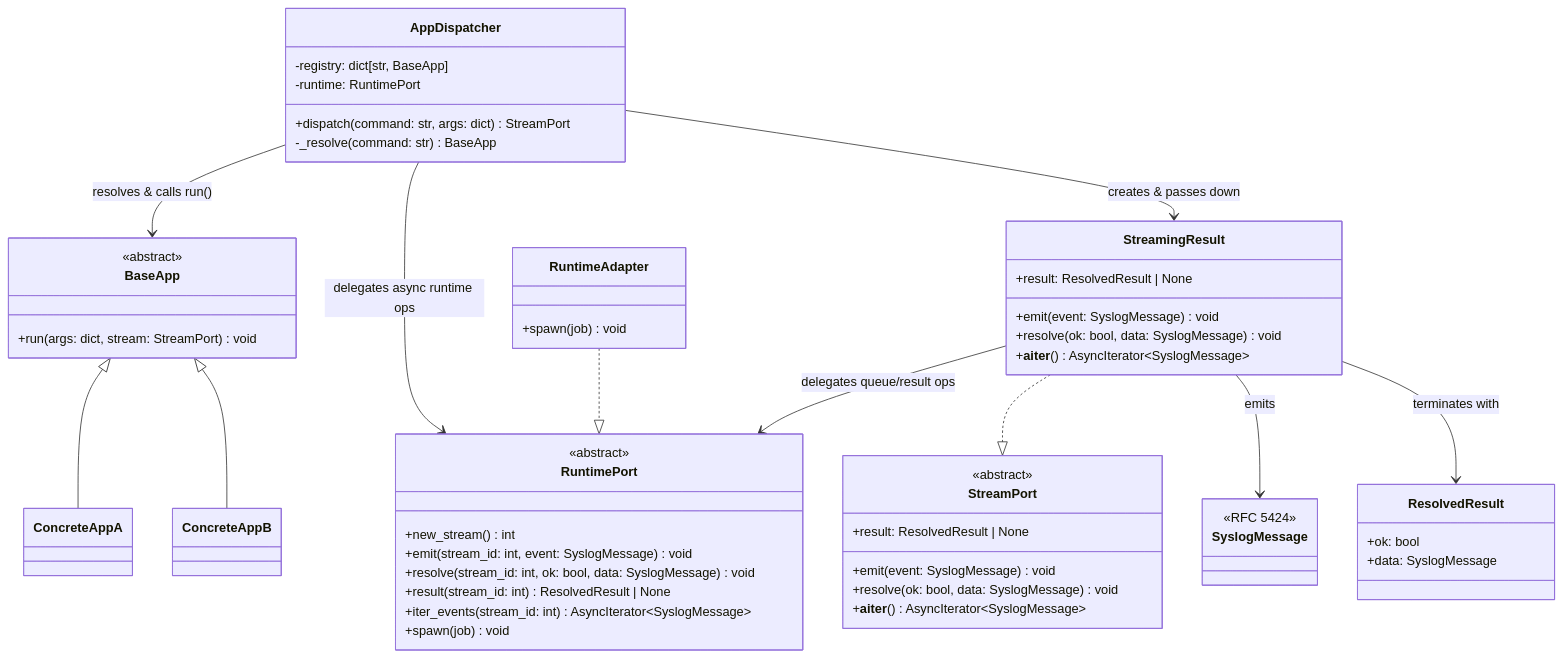
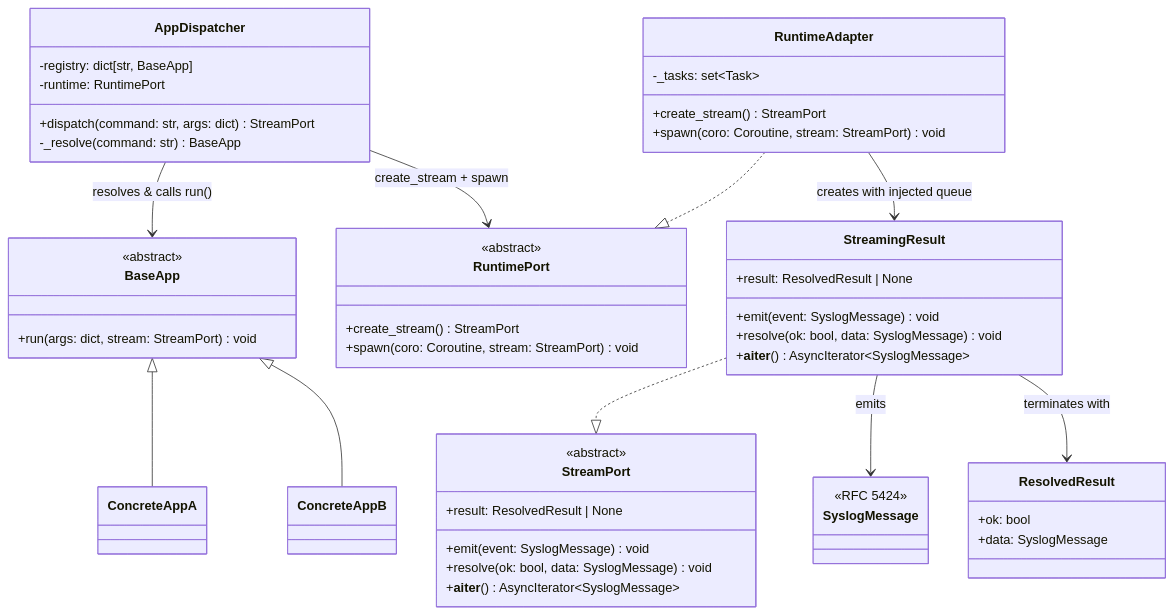
The second of 3 diagrams in docs/ARCHITECTURE.md (BinaryBand/scop-demo), drawn with Mermaid before and after one commit. The commit also changed other lines of this file and 1 other file, not shown here.

````diff
--- a/docs/ARCHITECTURE.md
+++ b/docs/ARCHITECTURE.md
@@ -194,63 +213,60 @@
 ```mermaid
 classDiagram
     class AppDispatcher {
         -registry: dict[str, BaseApp]
         -runtime: RuntimePort
         +dispatch(command: str, args: dict) StreamPort
         -_resolve(command: str) BaseApp
     }
 
     class StreamPort {
         <<abstract>>
         +emit(event: SyslogMessage) void
         +resolve(ok: bool, data: SyslogMessage) void
         +result: ResolvedResult | None
         +__aiter__() AsyncIterator~SyslogMessage~
     }
 
     class StreamingResult {
         +emit(event: SyslogMessage) void
         +resolve(ok: bool, data: SyslogMessage) void
         +result: ResolvedResult | None
         +__aiter__() AsyncIterator~SyslogMessage~
     }
 
     class RuntimePort {
         <<abstract>>
-        +new_stream() int
-        +emit(stream_id: int, event: SyslogMessage) void
-        +resolve(stream_id: int, ok: bool, data: SyslogMessage) void
-        +result(stream_id: int) ResolvedResult | None
-        +iter_events(stream_id: int) AsyncIterator~SyslogMessage~
-        +spawn(job) void
+        +create_stream() StreamPort
+        +spawn(coro: Coroutine, stream: StreamPort) void
     }
 
     class RuntimeAdapter {
-        +spawn(job) void
+        -_tasks: set~Task~
+        +create_stream() StreamPort
+        +spawn(coro: Coroutine, stream: StreamPort) void
     }
 
     class SyslogMessage {
         <<RFC 5424>>
     }
 
     class ResolvedResult {
         +ok: bool
         +data: SyslogMessage
     }
 
     class BaseApp {
         <<abstract>>
         +run(args: dict, stream: StreamPort) void
     }
 
     AppDispatcher --> BaseApp : resolves & calls run()
-    AppDispatcher --> RuntimePort : delegates async runtime ops
-    AppDispatcher --> StreamingResult : creates & passes down
+    AppDispatcher --> RuntimePort : create_stream + spawn
     RuntimeAdapter ..|> RuntimePort
+    RuntimeAdapter --> StreamingResult : creates with injected queue
     StreamingResult ..|> StreamPort
-    StreamingResult --> RuntimePort : delegates queue/result ops
     StreamingResult --> SyslogMessage : emits
     StreamingResult --> ResolvedResult : terminates with
     BaseApp <|-- ConcreteAppA
     BaseApp <|-- ConcreteAppB
 ```
````
